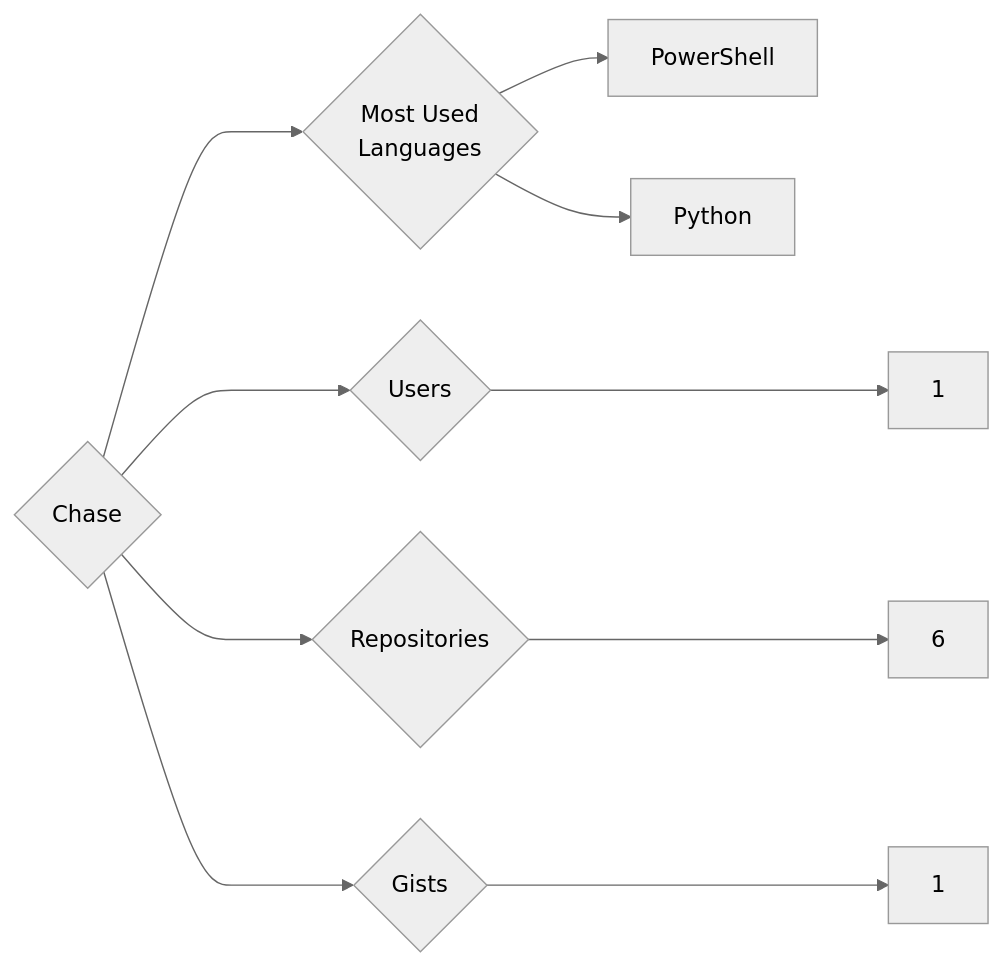
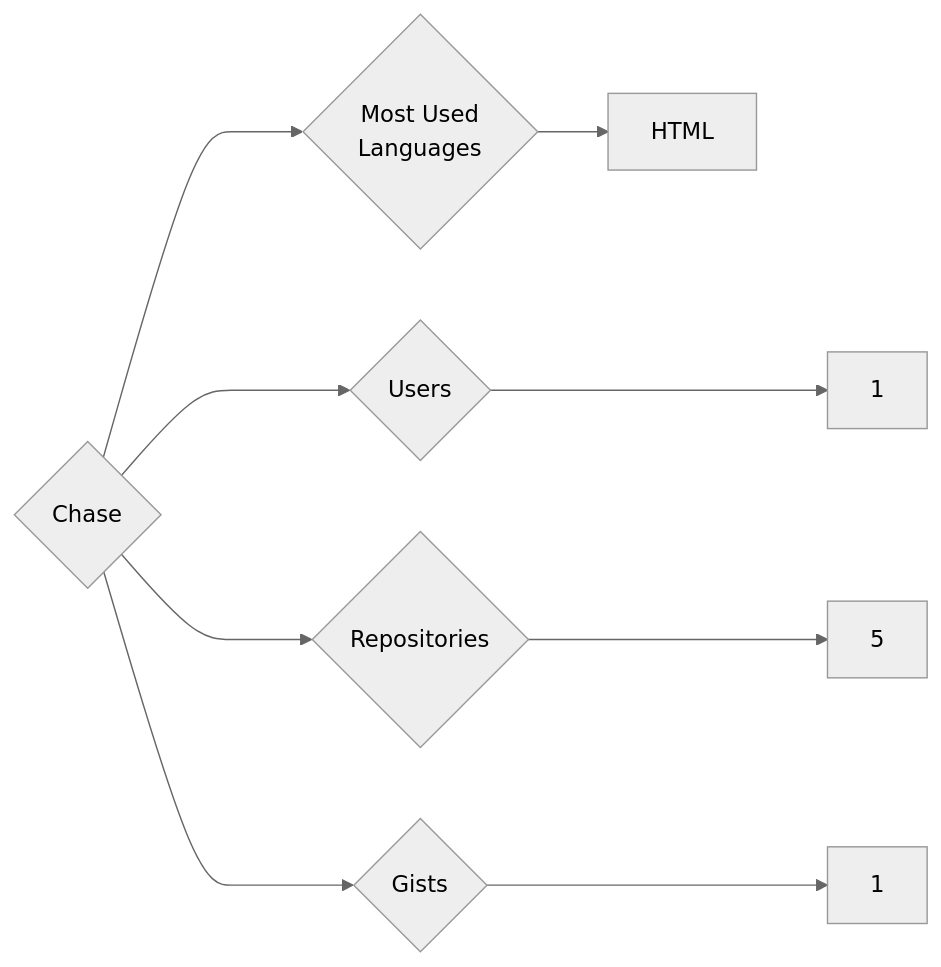
The diagram in targets/Chase/README.md (trickest/insiders), drawn with Mermaid (neutral theme) before and after one commit. The commit also changed 1030 other files, not shown here.

````diff
--- a/targets/Chase/README.md
+++ b/targets/Chase/README.md
@@ -3,10 +3,9 @@
 ```mermaid
 graph LR
 COMPANY_NAME{Chase}
 COMPANY_NAME ---> U{Users} ---> UN[1]
-COMPANY_NAME ---> R{Repositories} ---> RN[6]
+COMPANY_NAME ---> R{Repositories} ---> RN[5]
 COMPANY_NAME ---> G{Gists} ---> GN[1]
 COMPANY_NAME ---> ML{Most Used<br>Languages}
-ML --> PowerShell[PowerShell]
-ML --> Python[Python]
+ML --> HTML[HTML]
 ```
````
